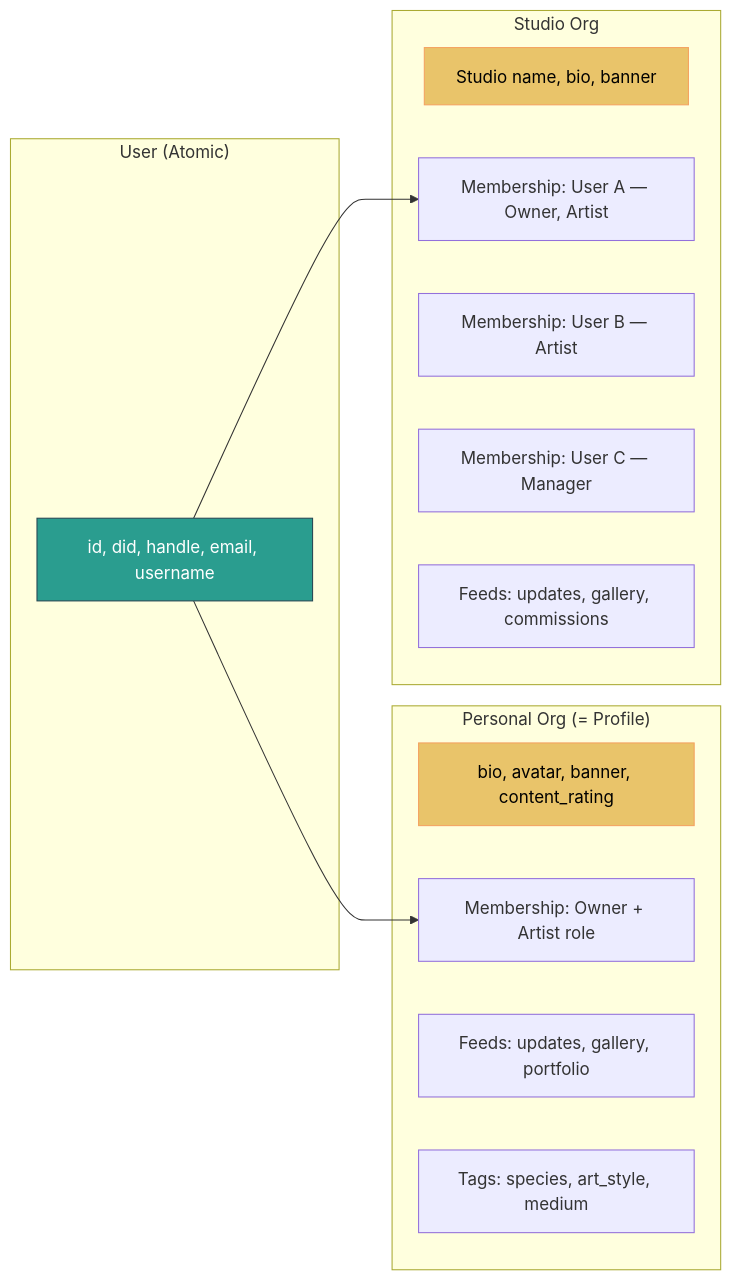
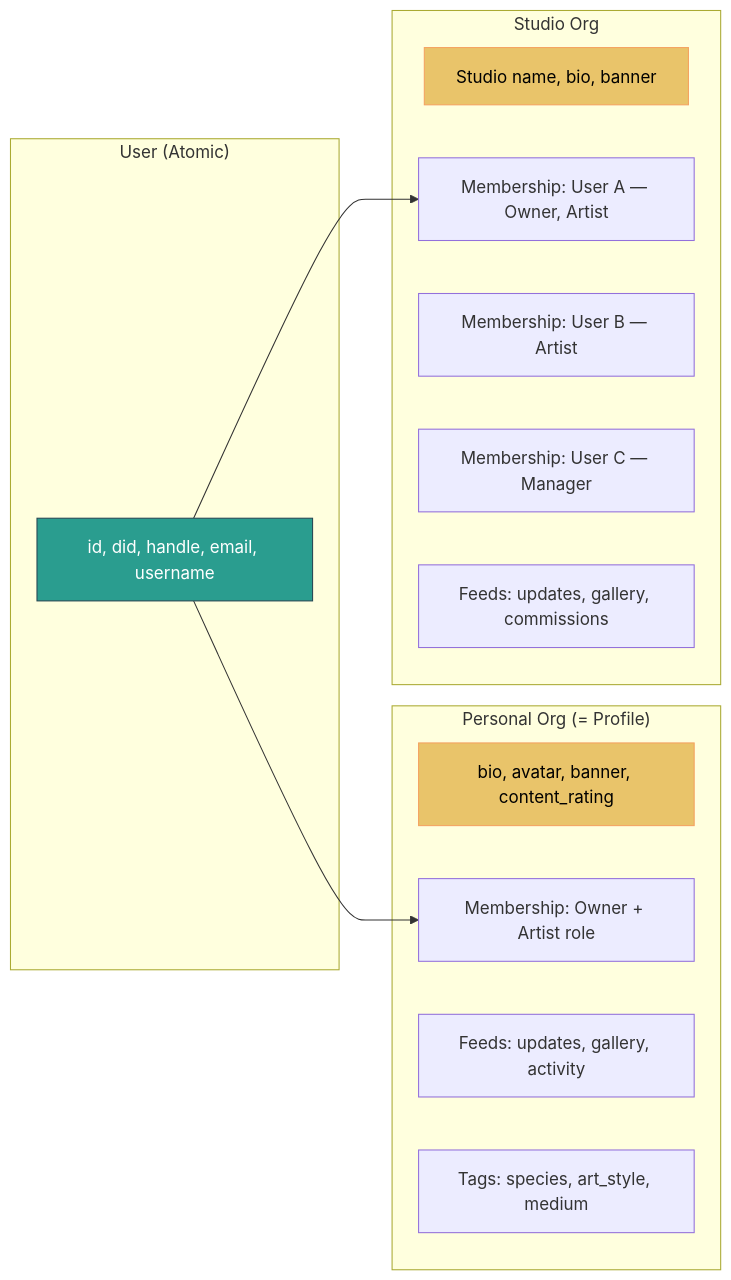
The fourth of 10 diagrams in design/design_document.md (ProgrammingCheetah/ZurFur), drawn with Mermaid before and after one commit. The commit also changed other lines of this file and 7 other files, not shown here.

````diff
--- a/design/design_document.md
+++ b/design/design_document.md
@@ -293,28 +293,28 @@
 ```mermaid
 graph LR
     subgraph "User (Atomic)"
         U[id, did, handle, email, username]
     end
 
     subgraph "Personal Org (= Profile)"
         PO[bio, avatar, banner, content_rating]
         POM[Membership: Owner + Artist role]
-        POF[Feeds: updates, gallery, portfolio]
+        POF[Feeds: updates, gallery, activity]
         POT[Tags: species, art_style, medium]
     end
 
     subgraph "Studio Org"
         SO[Studio name, bio, banner]
         SOM1[Membership: User A — Owner, Artist]
         SOM2[Membership: User B — Artist]
         SOM3[Membership: User C — Manager]
         SOF[Feeds: updates, gallery, commissions]
     end
 
     U --> POM
     U --> SOM1
 
     style U fill:#2a9d8f,stroke:#264653,color:#fff
     style PO fill:#e9c46a,stroke:#f4a261,color:#000
     style SO fill:#e9c46a,stroke:#f4a261,color:#000
 ```
````
